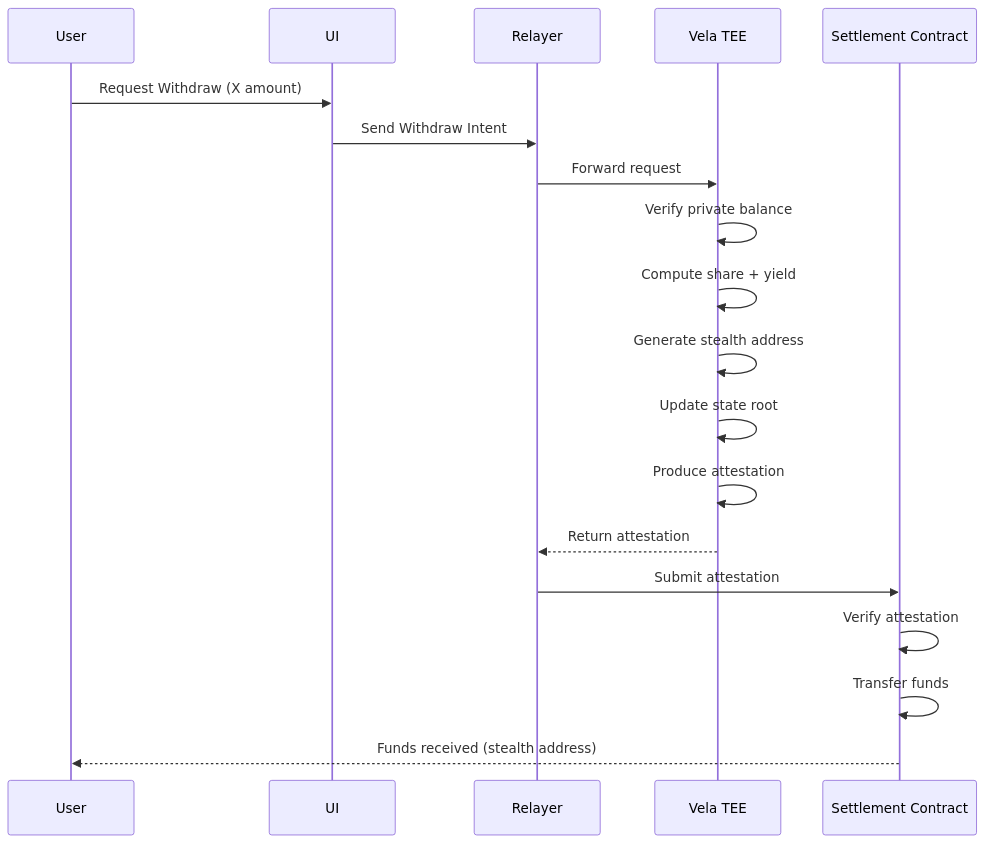
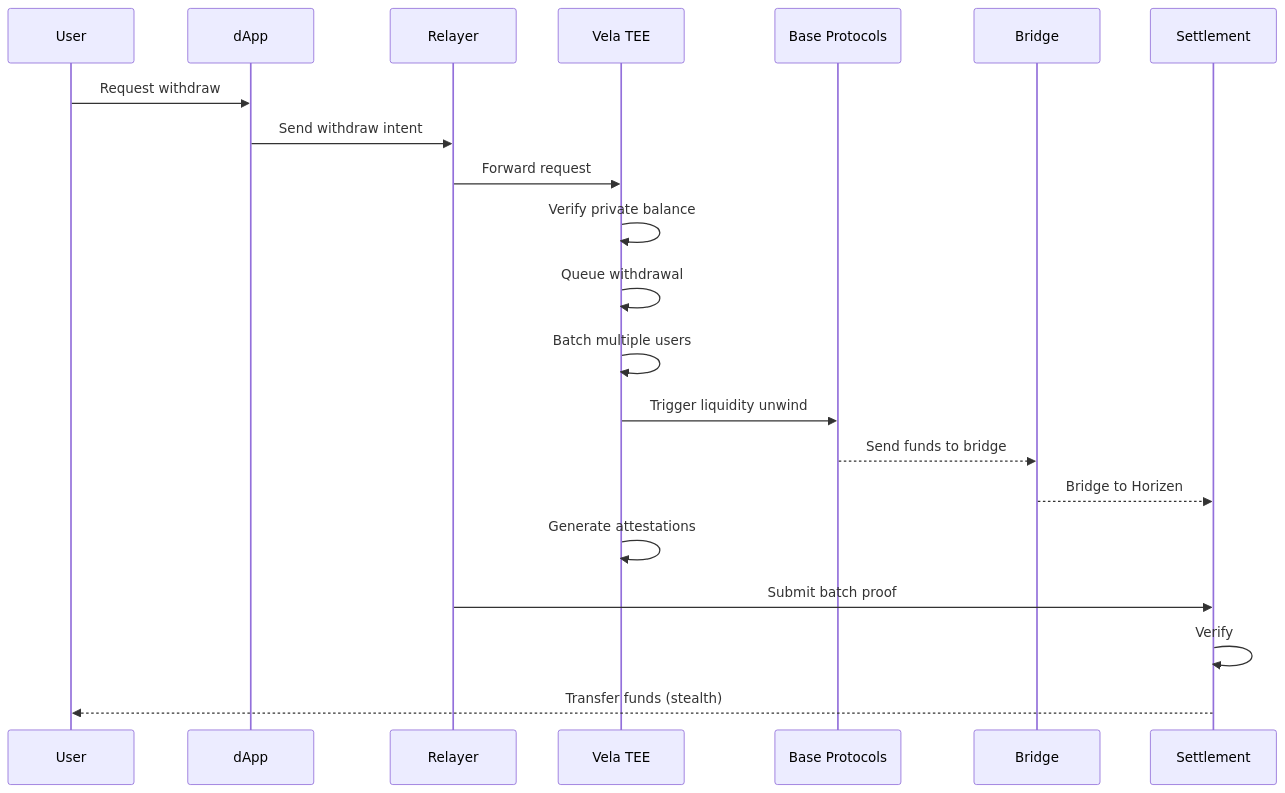
Before and after one commit to Xavek/shieldv: the third of 3 diagrams in readme.md, drawn with Mermaid. The commit also changed other lines of this file, not shown here.

````diff
--- a/readme.md
+++ b/readme.md
@@ -133,26 +198,30 @@
 ```mermaid
 sequenceDiagram
     participant U as User
-    participant D as UI
+    participant D as dApp
     participant R as Relayer
     participant T as Vela TEE
-    participant S as Settlement Contract
+    participant Y as Base Protocols
+    participant B as Bridge
+    participant S as Settlement
 
-    U->>D: Request Withdraw (X amount)
-    D->>R: Send Withdraw Intent
-
+    U->>D: Request withdraw
+    D->>R: Send withdraw intent
     R->>T: Forward request
 
     T->>T: Verify private balance
-    T->>T: Compute share + yield
-    T->>T: Generate stealth address
-    T->>T: Update state root
-    T->>T: Produce attestation
+    T->>T: Queue withdrawal
+    T->>T: Batch multiple users
 
-    T-->>R: Return attestation
-    R->>S: Submit attestation
+    T->>Y: Trigger liquidity unwind
 
-    S->>S: Verify attestation
-    S->>S: Transfer funds
-    S-->>U: Funds received (stealth address)
+    Y-->>B: Send funds to bridge
+    B-->>S: Bridge to Horizen
+
+    T->>T: Generate attestations
+
+    R->>S: Submit batch proof
+
+    S->>S: Verify
+    S-->>U: Transfer funds (stealth)
 ```
````
